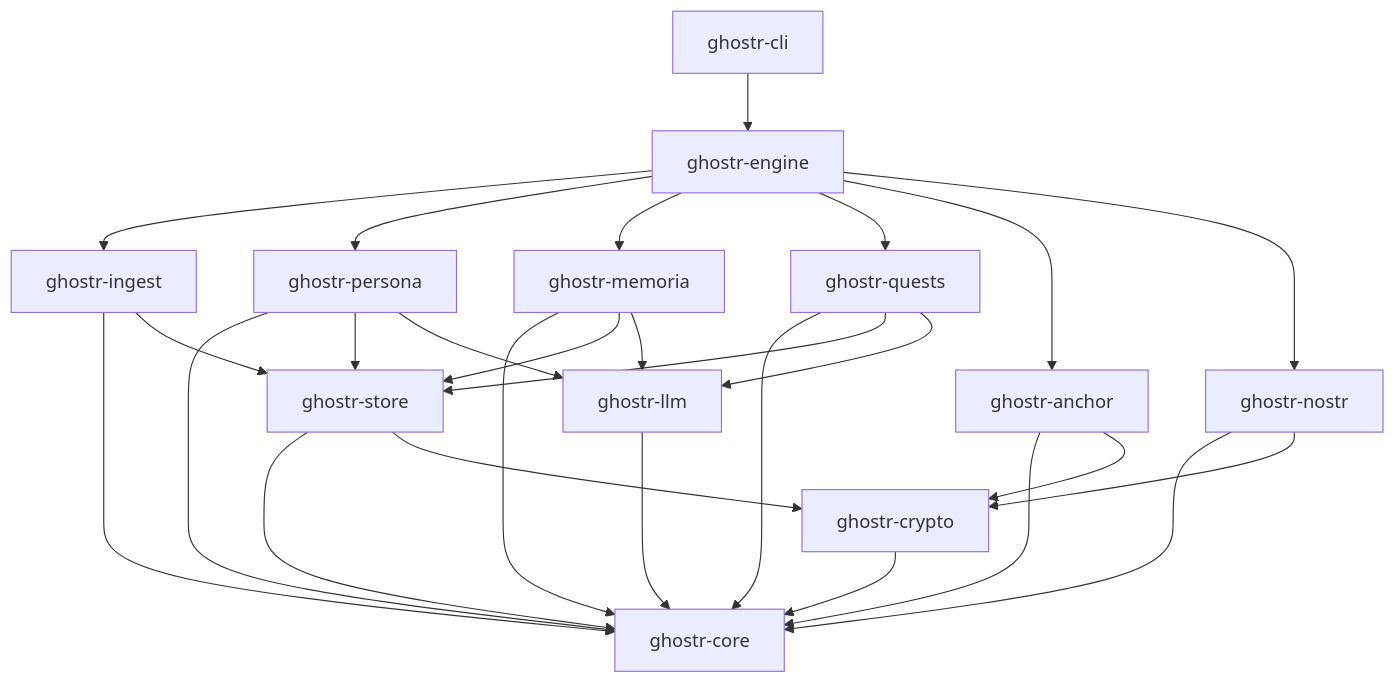
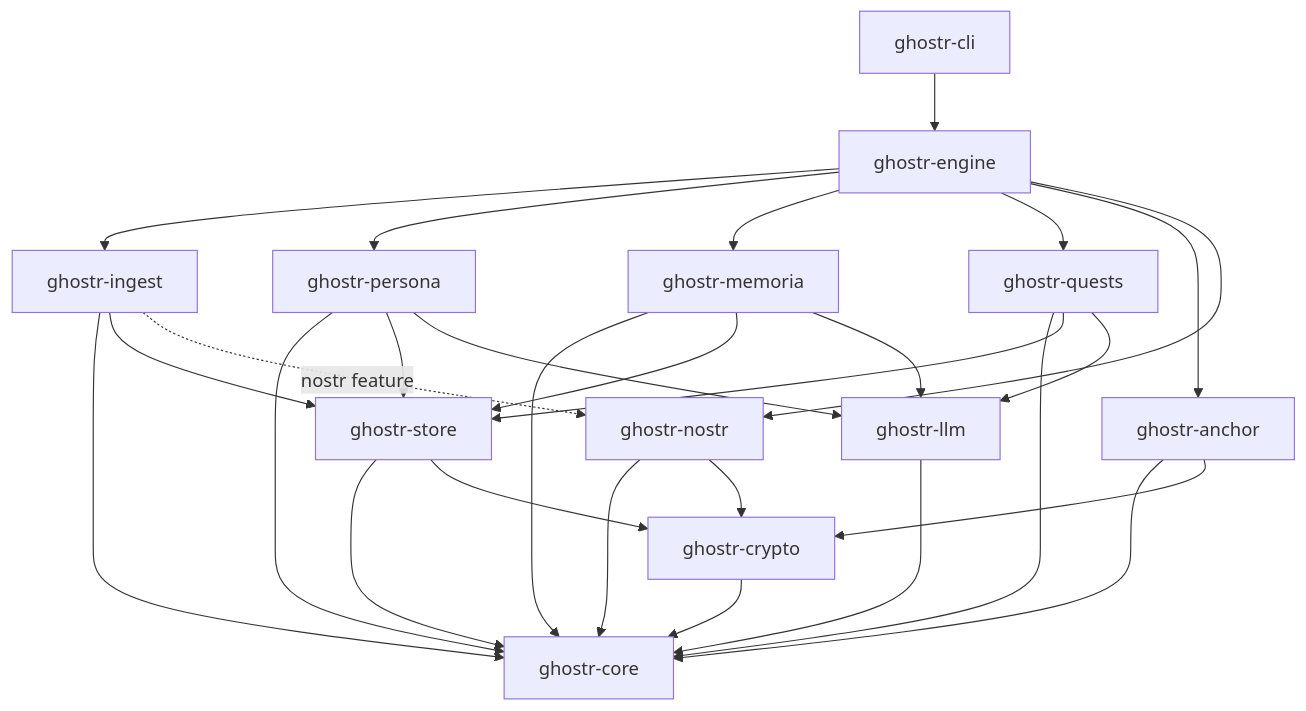
The first of 2 diagrams in docs/ARCHITECTURE.md (sootisooti/Ghostr), drawn with Mermaid before and after one commit. The commit also changed other lines of this file and 23 other files, not shown here.

First line of the commit message:
feat(ingest): read a nostr feed, and hold the T7 gate that comes with it

````diff
--- a/docs/ARCHITECTURE.md
+++ b/docs/ARCHITECTURE.md
@@ -63,42 +63,43 @@
 ```mermaid
 flowchart TD
   core[ghostr-core]
   crypto[ghostr-crypto]
   store[ghostr-store]
   llm[ghostr-llm]
   ingest[ghostr-ingest]
   persona[ghostr-persona]
   memoria[ghostr-memoria]
   quests[ghostr-quests]
   anchor[ghostr-anchor]
   nostr[ghostr-nostr]
   engine[ghostr-engine]
   cli[ghostr-cli]
 
   crypto --> core
   store --> core
   store --> crypto
   llm --> core
   anchor --> core
   anchor --> crypto
   nostr --> core
   nostr --> crypto
   ingest --> core
   ingest --> store
+  ingest -. "nostr feature" .-> nostr
   persona --> core
   persona --> store
   persona --> llm
   memoria --> core
   memoria --> store
   memoria --> llm
   quests --> core
   quests --> store
   quests --> llm
   engine --> ingest
   engine --> persona
   engine --> memoria
   engine --> quests
   engine --> anchor
   engine --> nostr
   cli --> engine
 ```
````
